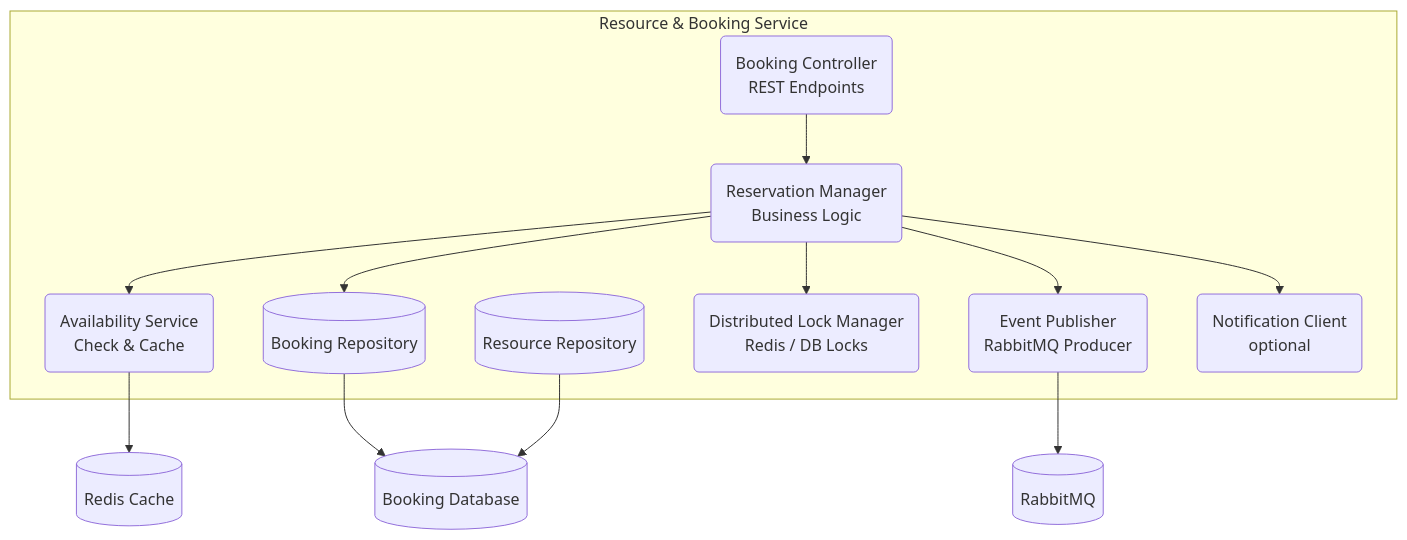
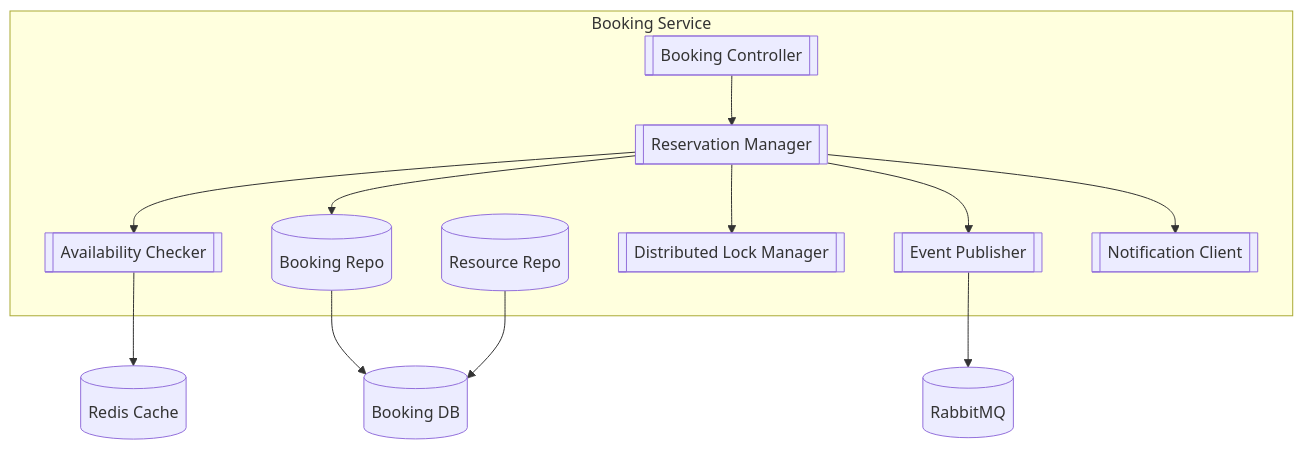
Before and after one commit to Amir-Goli-1383/test: the fifth of 8 diagrams in README.md, drawn with Mermaid. The commit also changed other lines of this file, not shown here.

````diff
--- a/README.md
+++ b/README.md
@@ -186,31 +205,28 @@
 ```mermaid
 flowchart TB
-    %% =========== Booking Service Components ===========
-    subgraph BookingService [Resource & Booking Service]
-        BookingController(Booking Controller<br/>REST Endpoints)
-        ReservationManager(Reservation Manager<br/>Business Logic)
-        AvailabilityChecker(Availability Service<br/>Check & Cache)
-        BookingRepo[(Booking Repository)]
-        ResourceRepo[(Resource Repository)]
-        LockManager(Distributed Lock Manager<br/>Redis / DB Locks)
-        EventPublisher(Event Publisher<br/>RabbitMQ Producer)
-        NotificationClient(Notification Client<br/>optional)
+    subgraph BookingService ["Booking Service"]
+        BookingController[[Booking Controller]]
+        ReservationManager[[Reservation Manager]]
+        AvailabilityChecker[[Availability Checker]]
+        BookingRepo[(Booking Repo)]
+        ResourceRepo[(Resource Repo)]
+        LockManager[[Distributed Lock Manager]]
+        EventPublisher[[Event Publisher]]
+        NotificationClient[[Notification Client]]
     end
 
-    %% =========== Infrastructure / Aux ===========
     Cache[(Redis Cache)]
-    BookingDB[(Booking Database)]
+    BookingDB[(Booking DB)]
     MessageBroker[(RabbitMQ)]
 
-    %% =========== Flows / Relations ===========
     BookingController --> ReservationManager
     ReservationManager --> AvailabilityChecker
     ReservationManager --> LockManager
     ReservationManager --> BookingRepo
     ReservationManager --> EventPublisher
     ReservationManager --> NotificationClient
     AvailabilityChecker --> Cache
     BookingRepo --> BookingDB
     ResourceRepo --> BookingDB
     EventPublisher --> MessageBroker
 ```
````
